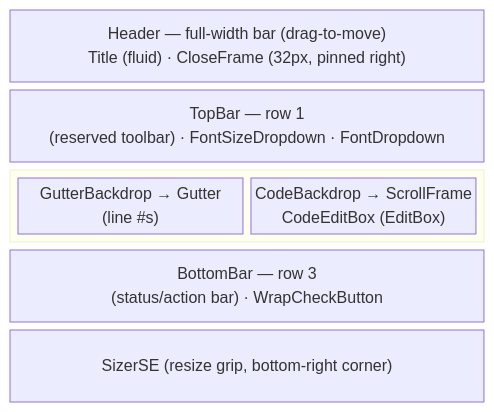
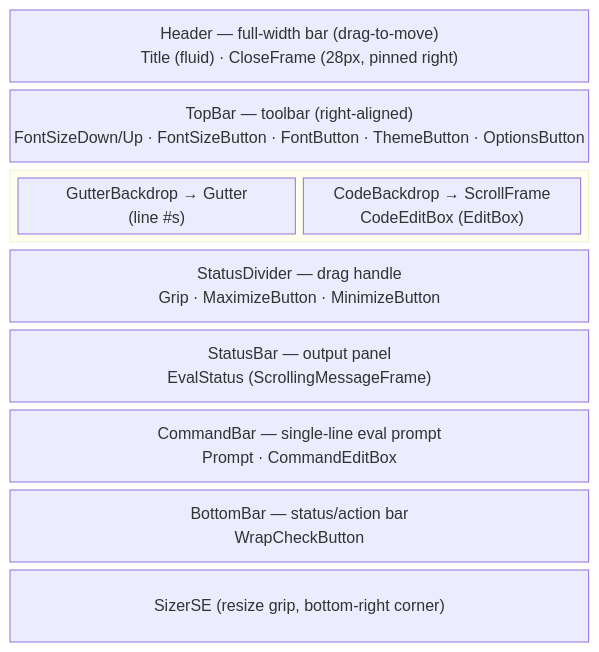
One commit to kapresoft/wow-addon-LuaDevKit changed the diagram in LuaDevKit-CodeEditor/README_CodeEditor.md. Above: the diagram before and after it, drawn with Mermaid. The commit also changed other lines of this file and 2 other files, not shown here.

First line of the commit message:
Update CodeEditor README to match the current dialog and font system

````diff
--- a/LuaDevKit-CodeEditor/README_CodeEditor.md
+++ b/LuaDevKit-CodeEditor/README_CodeEditor.md
@@ -22,12 +30,15 @@
 ```mermaid
 block-beta
 columns 1
-  Header["Header — full-width bar (drag-to-move)\nTitle (fluid) · CloseFrame (32px, pinned right)"]
-  TopBar["TopBar — row 1\n(reserved toolbar) · FontSizeDropdown · FontDropdown"]
+  Header["Header — full-width bar (drag-to-move)\nTitle (fluid) · CloseFrame (28px, pinned right)"]
+  TopBar["TopBar — toolbar (right-aligned)\nFontSizeDown/Up · FontSizeButton · FontButton · ThemeButton · OptionsButton"]
   block:body
     Gutter["GutterBackdrop → Gutter\n(line #s)"]
     Code["CodeBackdrop → ScrollFrame\nCodeEditBox (EditBox)"]
   end
-  BottomBar["BottomBar — row 3\n(status/action bar) · WrapCheckButton"]
+  Divider["StatusDivider — drag handle\nGrip · MaximizeButton · MinimizeButton"]
+  Status["StatusBar — output panel\nEvalStatus (ScrollingMessageFrame)"]
+  Command["CommandBar — single-line eval prompt\nPrompt · CommandEditBox"]
+  BottomBar["BottomBar — status/action bar\nWrapCheckButton"]
   Sizer["SizerSE (resize grip, bottom-right corner)"]
 ```
````
